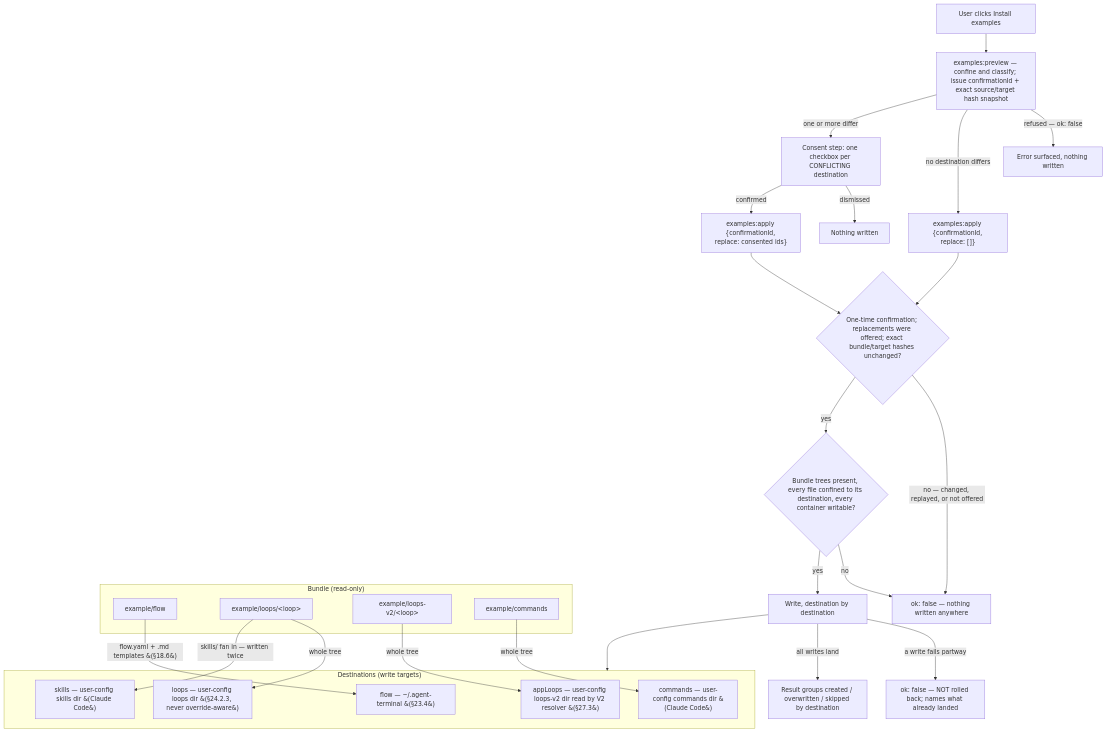
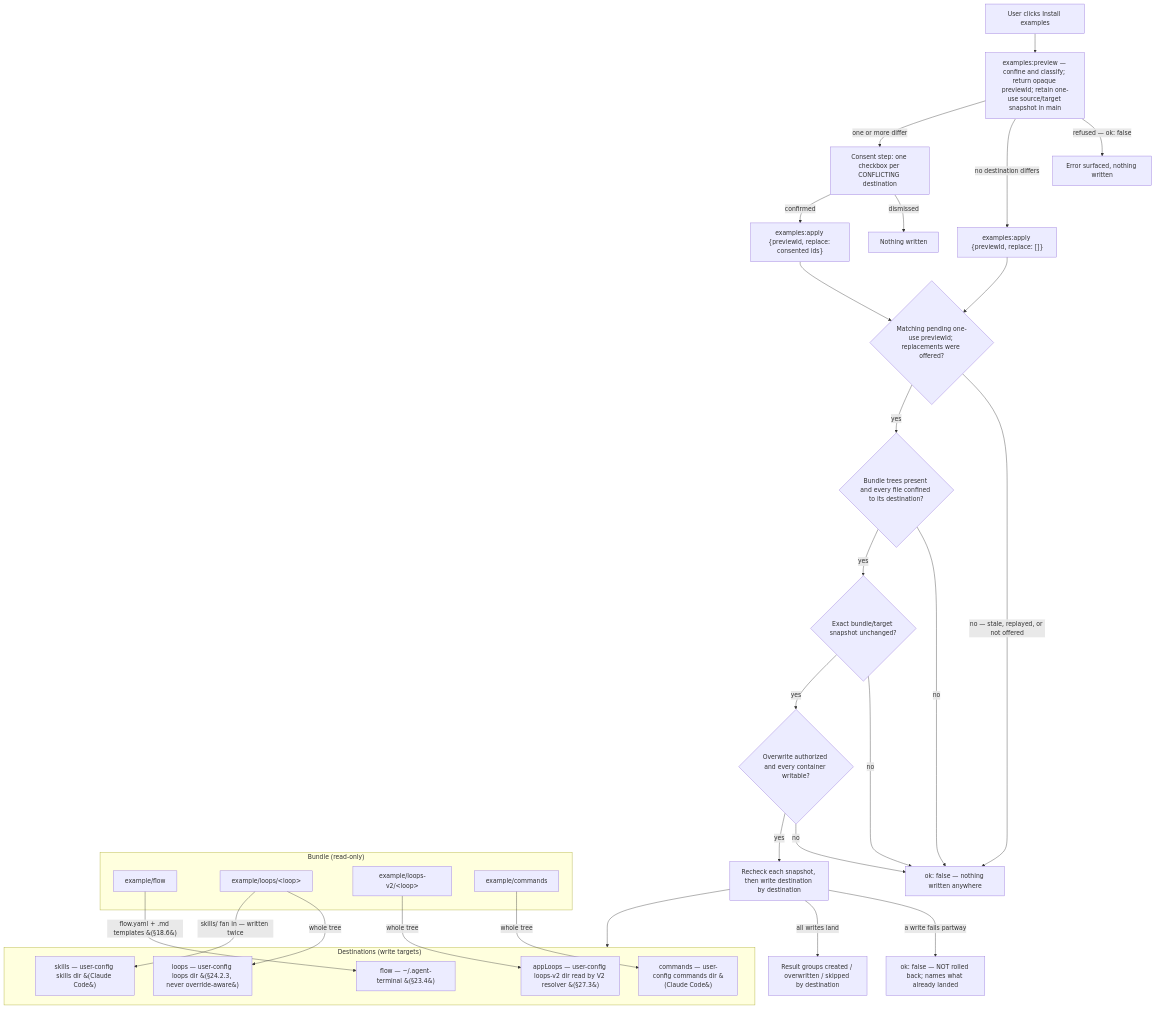
One commit to dylanb/agent-terminal changed the diagram in docs/spec/18-flow-definitions-flow-yaml.md. Above: the diagram before and after it, drawn with Mermaid. The commit also changed other lines of this file and 30 other files, not shown here.

````diff
--- a/docs/spec/18-flow-definitions-flow-yaml.md
+++ b/docs/spec/18-flow-definitions-flow-yaml.md
@@ -18,39 +19,43 @@
 ```mermaid
 flowchart TD
-  CLICK["User clicks Install examples"] --> PREVIEW["examples:preview — confine and classify; issue confirmationId + exact source/target hash snapshot"]
+  CLICK["User clicks Install examples"] --> PREVIEW["examples:preview — confine and classify; return opaque previewId; retain one-use source/target snapshot in main"]
   PREVIEW -->|"refused — ok: false"| PERR["Error surfaced, nothing written"]
-  PREVIEW -->|"no destination differs"| APPLY["examples:apply {confirmationId, replace: []}"]
+  PREVIEW -->|"no destination differs"| APPLY["examples:apply {previewId, replace: []}"]
   PREVIEW -->|"one or more differ"| CONSENT["Consent step: one checkbox per CONFLICTING destination"]
   CONSENT -->|"dismissed"| NOOP["Nothing written"]
-  CONSENT -->|"confirmed"| APPLY2["examples:apply {confirmationId, replace: consented ids}"]
-  APPLY --> VERIFY{"One-time confirmation; replacements were offered; exact bundle/target hashes unchanged?"}
-  APPLY2 --> VERIFY
-  VERIFY -->|"no — changed, replayed, or not offered"| REFUSE
-  VERIFY -->|"yes"| GATE{"Bundle trees present, every file confined to its destination, every container writable?"}
-  GATE -->|"no"| REFUSE["ok: false — nothing written anywhere"]
-  GATE -->|"yes"| WRITE["Write, destination by destination"]
+  CONSENT -->|"confirmed"| APPLY2["examples:apply {previewId, replace: consented ids}"]
+  APPLY --> AUTH{"Matching pending one-use previewId; replacements were offered?"}
+  APPLY2 --> AUTH
+  AUTH -->|"no — stale, replayed, or not offered"| REFUSE
+  AUTH -->|"yes"| RESOLVE{"Bundle trees present and every file confined to its destination?"}
+  RESOLVE -->|"no"| REFUSE["ok: false — nothing written anywhere"]
+  RESOLVE -->|"yes"| VERIFY{"Exact bundle/target snapshot unchanged?"}
+  VERIFY -->|"no"| REFUSE
+  VERIFY -->|"yes"| GATE{"Overwrite authorized and every container writable?"}
+  GATE -->|"no"| REFUSE
+  GATE -->|"yes"| WRITE["Recheck each snapshot, then write destination by destination"]
   WRITE -->|"a write fails partway"| PARTIAL["ok: false — NOT rolled back; names what already landed"]
   WRITE -->|"all writes land"| RESULT["Result groups created / overwritten / skipped by destination"]
 
   subgraph BUNDLE["Bundle (read-only)"]
     BF["example/flow"]
     BL["example/loops/&lt;loop&gt;"]
     BV["example/loops-v2/&lt;loop&gt;"]
     BC["example/commands"]
   end
 
   subgraph DEST["Destinations (write targets)"]
     DF["flow — ~/.agent-terminal &#40;§23.4&#41;"]
     DL["loops — user-config loops dir &#40;§24.2.3, never override-aware&#41;"]
     DV["appLoops — user-config loops-v2 dir read by V2 resolver &#40;§27.3&#41;"]
     DS["skills — user-config skills dir &#40;Claude Code&#41;"]
     DC["commands — user-config commands dir &#40;Claude Code&#41;"]
   end
 
   WRITE --> DEST
   BF -->|"flow.yaml + .md templates &#40;§18.6&#41;"| DF
   BL -->|"whole tree"| DL
   BV -->|"whole tree"| DV
   BL -->|"skills/ fan in — written twice"| DS
   BC -->|"whole tree"| DC
 ```
````
